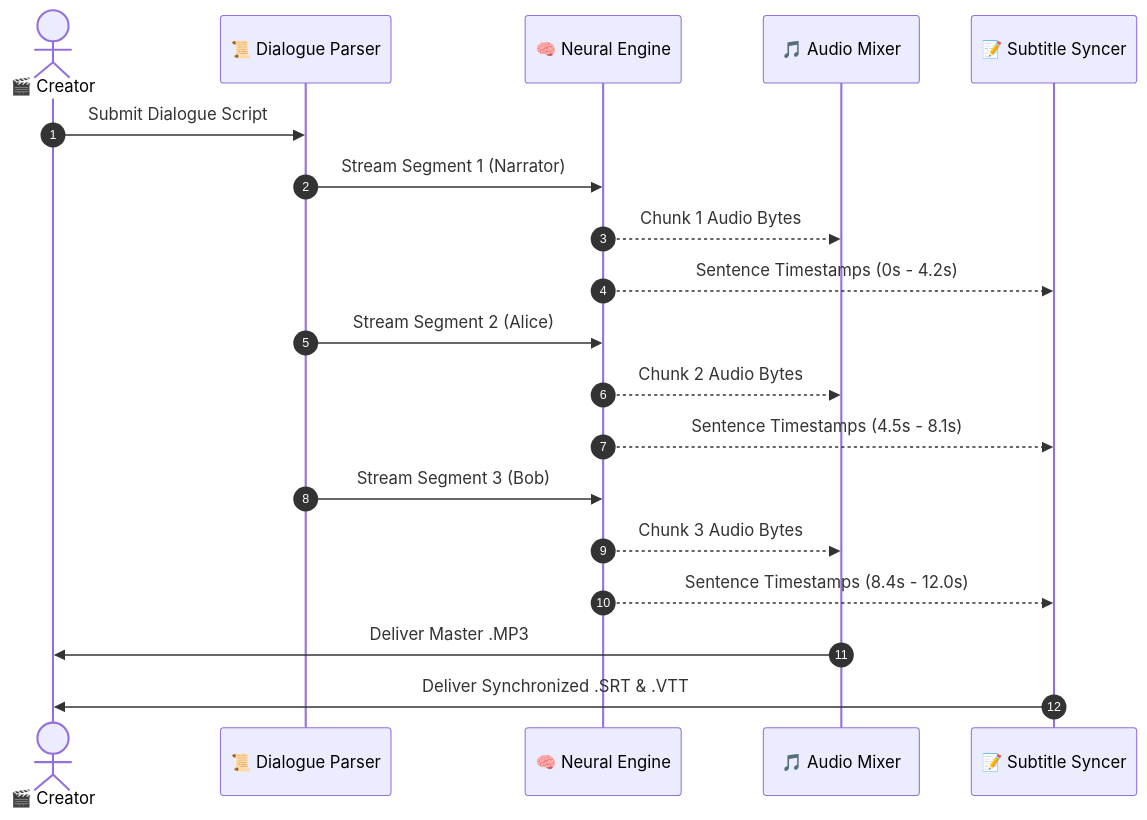
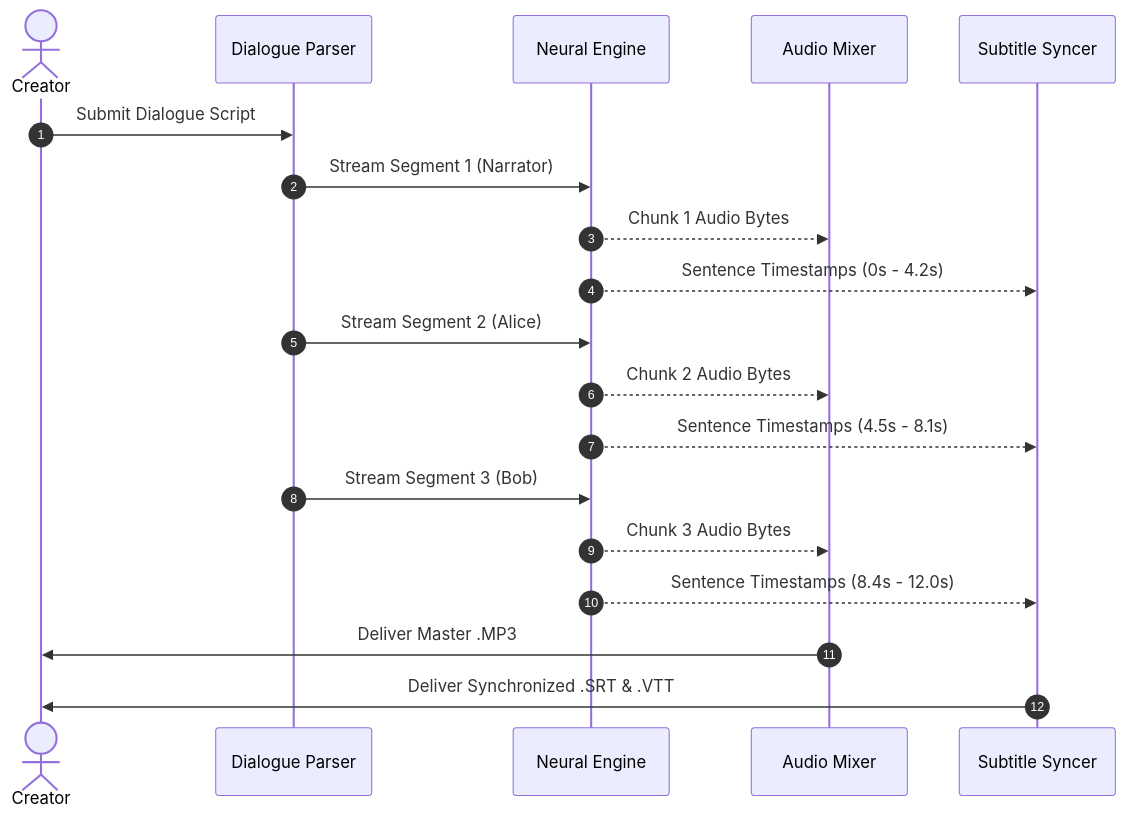
Before and after one commit to taezeem14/text-to-speech-studio: the second of 2 diagrams in README.md, drawn with Mermaid. The commit also changed other lines of this file and 2 other files, not shown here.

````diff
--- a/README.md
+++ b/README.md
@@ -172,25 +172,25 @@
 ```mermaid
 sequenceDiagram
     autonumber
-    actor Creator as 🎬 Creator
-    participant Parser as 📜 Dialogue Parser
-    participant Engine as 🧠 Neural Engine
-    participant Audio as 🎵 Audio Mixer
-    participant Subs as 📝 Subtitle Syncer
+    actor Creator as Creator
+    participant Parser as Dialogue Parser
+    participant Engine as Neural Engine
+    participant Audio as Audio Mixer
+    participant Subs as Subtitle Syncer
 
     Creator->>Parser: Submit Dialogue Script
     Parser->>Engine: Stream Segment 1 (Narrator)
     Engine-->>Audio: Chunk 1 Audio Bytes
     Engine-->>Subs: Sentence Timestamps (0s - 4.2s)
 
     Parser->>Engine: Stream Segment 2 (Alice)
     Engine-->>Audio: Chunk 2 Audio Bytes
     Engine-->>Subs: Sentence Timestamps (4.5s - 8.1s)
 
     Parser->>Engine: Stream Segment 3 (Bob)
     Engine-->>Audio: Chunk 3 Audio Bytes
     Engine-->>Subs: Sentence Timestamps (8.4s - 12.0s)
 
     Audio->>Creator: Deliver Master .MP3
     Subs->>Creator: Deliver Synchronized .SRT & .VTT
 ```
````
